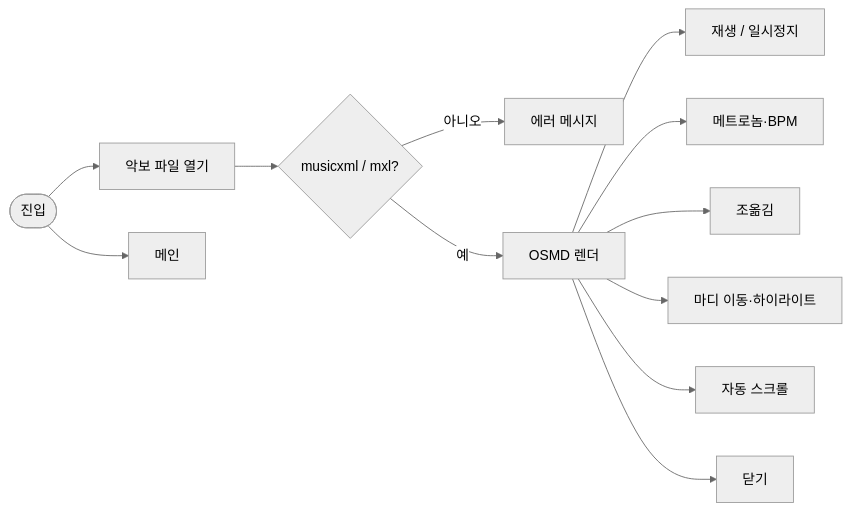
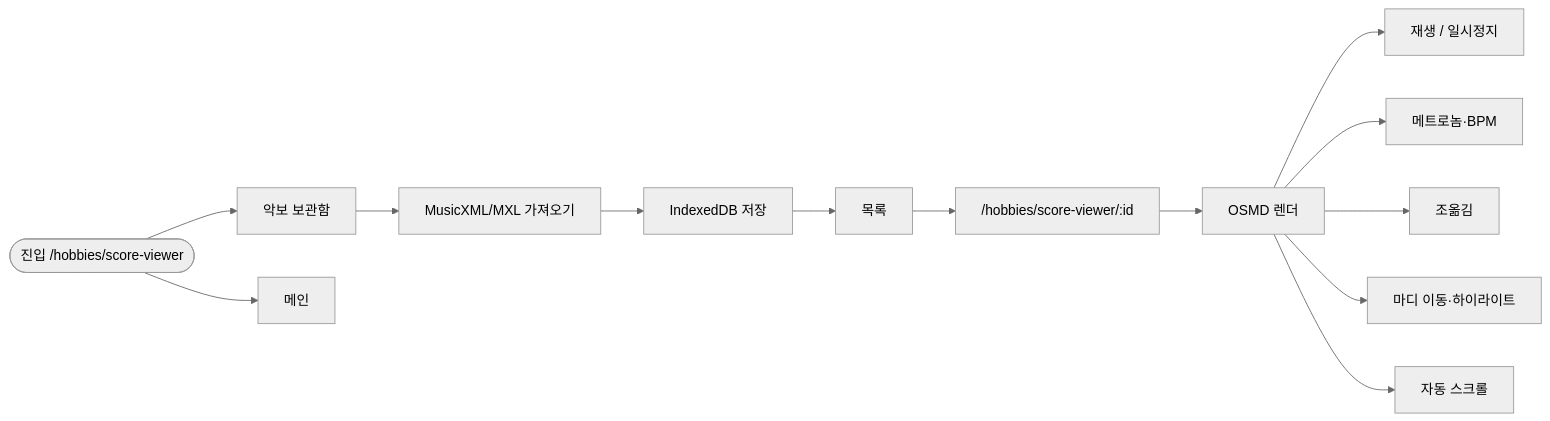
Before and after one commit to ohdeg/PBB: diagram 15 of 16 in docs/PBB-유저-흐름도.md, drawn with Mermaid (neutral theme). The commit also changed other lines of this file and 178 other files, not shown here.

First line of the commit message:
Add Veveno, Score Viewer, and 6PICK hobby apps.

````diff
--- a/docs/PBB-유저-흐름도.md
+++ b/docs/PBB-유저-흐름도.md
@@ -185,14 +302,15 @@
 ```mermaid
 flowchart LR
-    enter([진입]) --> openFile[악보 파일 열기]
-    openFile --> check{musicxml / mxl?}
-    check -->|"아니오"| err[에러 메시지]
-    check -->|"예"| render[OSMD 렌더]
+    enter([진입 /hobbies/score-viewer]) --> library[악보 보관함]
+    library --> import[MusicXML/MXL 가져오기]
+    import --> save[IndexedDB 저장]
+    save --> list[목록]
+    list --> open["/hobbies/score-viewer/:id"]
+    open --> render[OSMD 렌더]
     render --> play[재생 / 일시정지]
     render --> metronome[메트로놈·BPM]
     render --> transpose[조옮김]
     render --> measure[마디 이동·하이라이트]
     render --> scroll[자동 스크롤]
-    render --> closeScore[닫기]
     enter --> back[메인]
 ```
````
